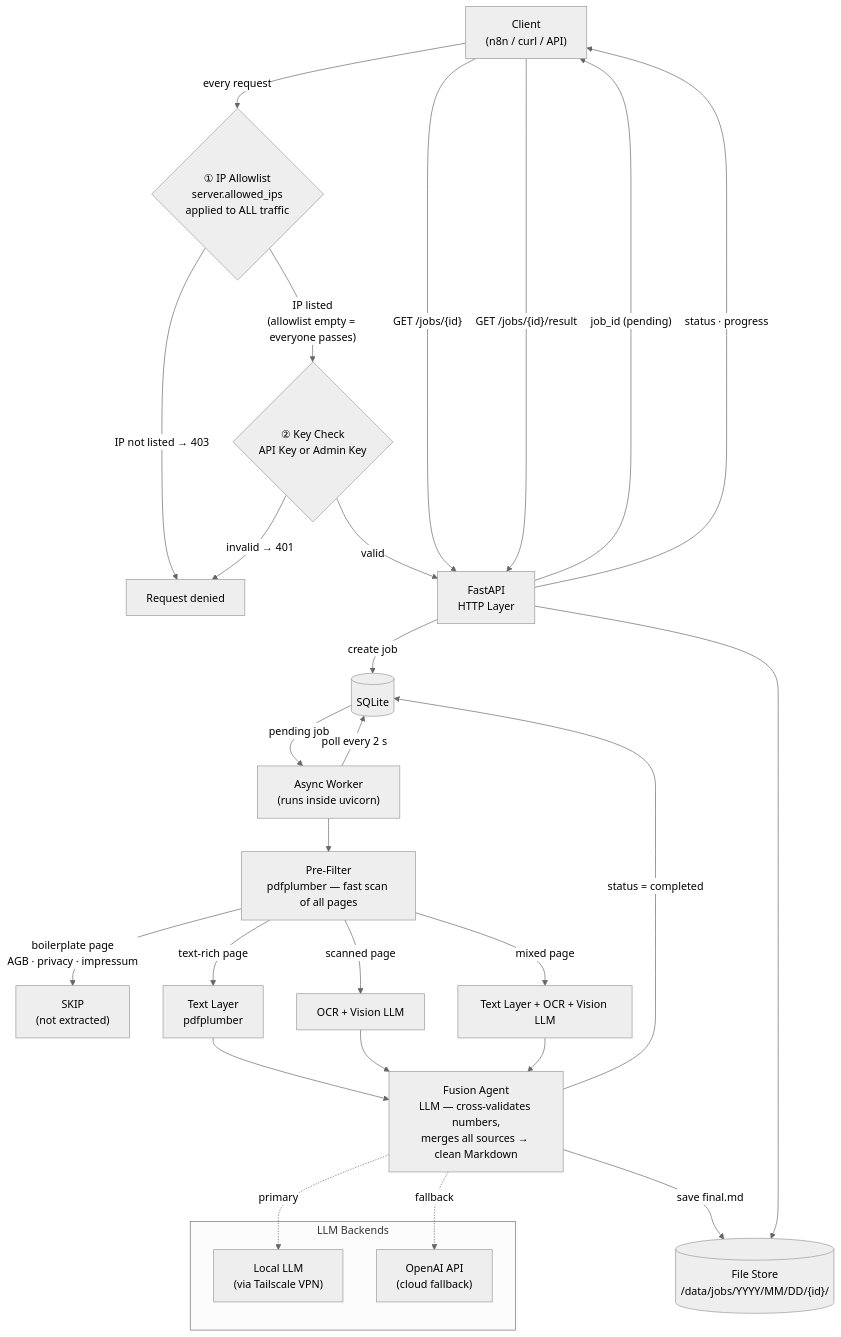
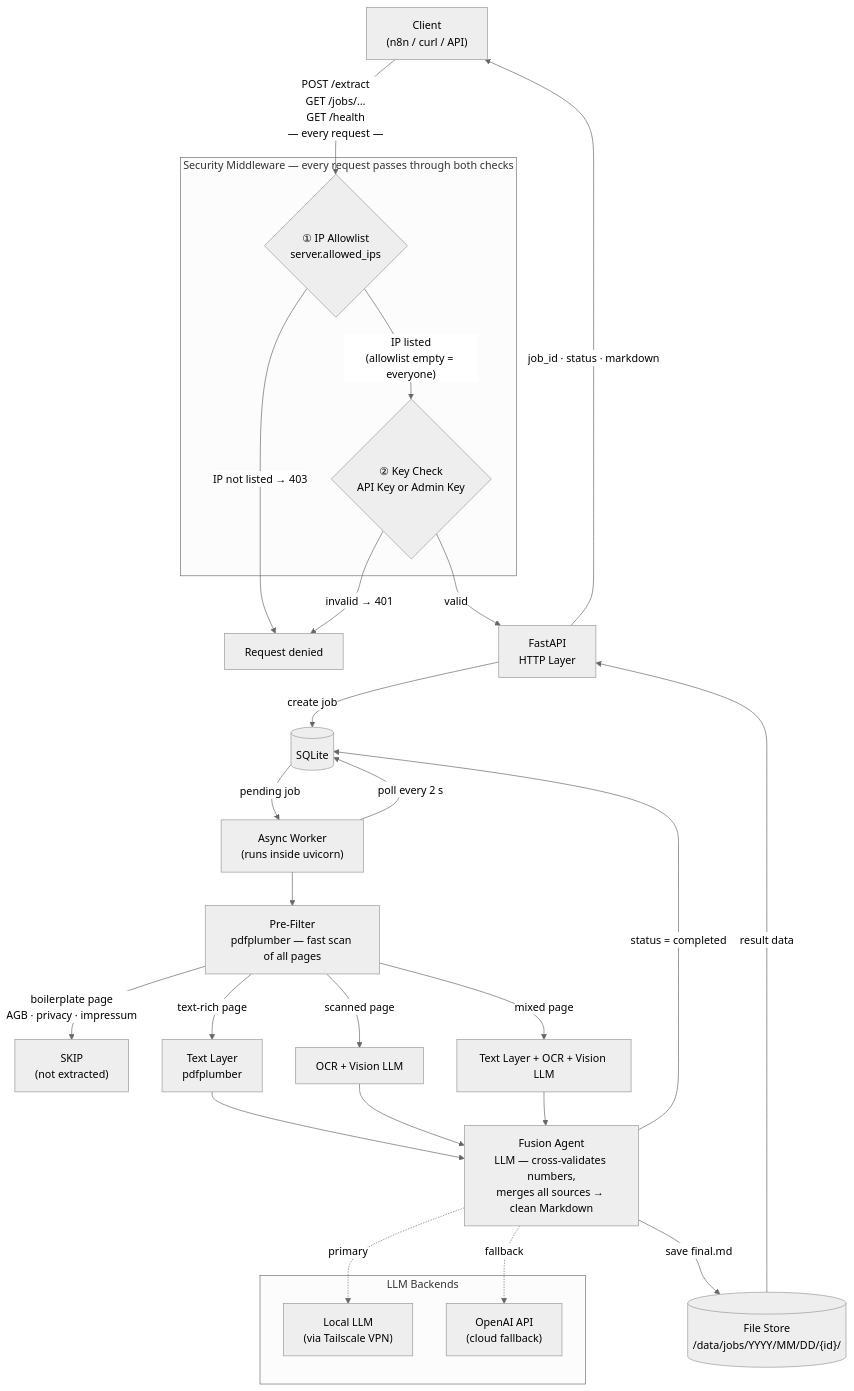
Before and after one commit to webboty/IDES: the diagram in README.md, drawn with Mermaid (neutral theme).

Commit message:
fix: remove direct Client→API bypass lines from mermaid diagram
All client requests (POST /extract, GET /jobs/*, GET /health) now
route through the Security subgraph. Removed the two shortcut arrows
that let GET /jobs and GET /result reach FastAPI without passing
through the IP allowlist and key checks.
Security layer promoted to a named subgraph to make it unambiguous.

````diff
--- a/README.md
+++ b/README.md
@@ -39,43 +39,45 @@
 ```mermaid
 flowchart TD
     Client["Client\n(n8n / curl / API)"]
 
-    Client -->|"every request"| IPCheck{"① IP Allowlist\nserver.allowed_ips\napplied to ALL traffic"}
+    Client -->|"POST /extract\nGET /jobs/…\nGET /health\n— every request —"| IPCheck
+
+    subgraph Security["Security Middleware — every request passes through both checks"]
+        IPCheck{"① IP Allowlist\nserver.allowed_ips"}
+        AuthCheck{"② Key Check\nAPI Key or Admin Key"}
+        IPCheck -->|"IP listed\n(allowlist empty = everyone)"| AuthCheck
+    end
+
     IPCheck -->|"IP not listed → 403"| Denied["Request denied"]
-    IPCheck -->|"IP listed\n(allowlist empty = everyone passes)"| AuthCheck{"② Key Check\nAPI Key or Admin Key"}
     AuthCheck -->|"invalid → 401"| Denied
     AuthCheck -->|valid| API["FastAPI\nHTTP Layer"]
 
-    API -->|"job_id (pending)"| Client
+    API -->|"job_id · status · markdown"| Client
     API -->|create job| DB[(SQLite)]
+    FS -->|result data| API
 
     Worker["Async Worker\n(runs inside uvicorn)"] -->|poll every 2 s| DB
     DB -->|pending job| Worker
 
     Worker --> PF["Pre-Filter\npdfplumber — fast scan of all pages"]
 
     PF -->|boilerplate page\nAGB · privacy · impressum| SKIP["SKIP\n(not extracted)"]
     PF -->|text-rich page| TL["Text Layer\npdfplumber"]
     PF -->|scanned page| OV["OCR + Vision LLM"]
     PF -->|mixed page| ALL["Text Layer + OCR + Vision LLM"]
 
     TL --> FA["Fusion Agent\nLLM — cross-validates numbers,\nmerges all sources → clean Markdown"]
     OV --> FA
     ALL --> FA
 
     FA -->|save final.md| FS[("File Store\n/data/jobs/YYYY/MM/DD/{id}/")]
     FA -->|status = completed| DB
 
-    Client -->|"GET /jobs/{id}"| API
-    API -->|status · progress| Client
-    Client -->|"GET /jobs/{id}/result"| API
-    API --> FS
-
     subgraph LLM Backends
         Local["Local LLM\n(via Tailscale VPN)"]
         OAI["OpenAI API\n(cloud fallback)"]
     end
 
     FA -.->|primary| Local
     FA -.->|fallback| OAI
 ```
````
